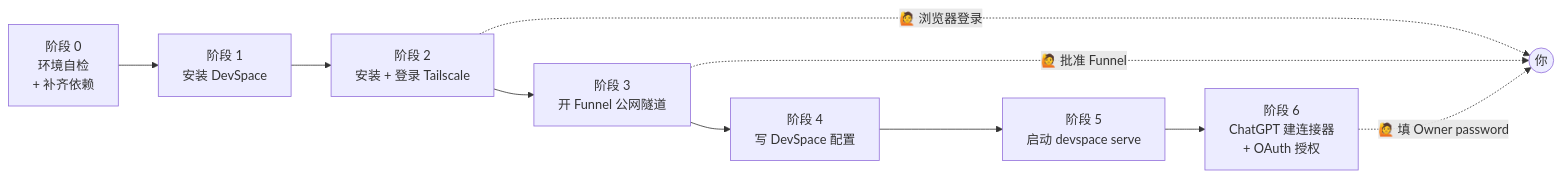
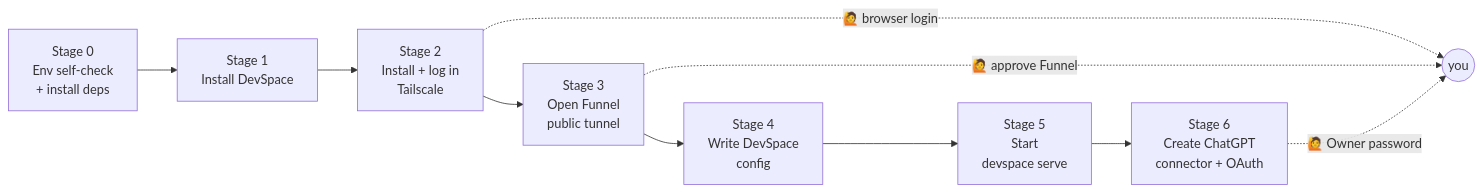
The diagram in README.md (hawklithm/chatgpt-mcp-connector), drawn with Mermaid before and after one commit. The commit also changed other lines of this file and 1 other file, not shown here.

First line of the commit message:
docs: add English README, Chinese README, and an install-and-run one-shot prompt

````diff
--- a/README.md
+++ b/README.md
@@ -105,13 +240,13 @@
 ```mermaid
 flowchart LR
-    S0["阶段 0<br/>环境自检<br/>+ 补齐依赖"] --> S1["阶段 1<br/>安装 DevSpace"]
-    S1 --> S2["阶段 2<br/>安装 + 登录 Tailscale"]
-    S2 --> S3["阶段 3<br/>开 Funnel 公网隧道"]
-    S3 --> S4["阶段 4<br/>写 DevSpace 配置"]
-    S4 --> S5["阶段 5<br/>启动 devspace serve"]
-    S5 --> S6["阶段 6<br/>ChatGPT 建连接器<br/>+ OAuth 授权"]
+    S0["Stage 0<br/>Env self-check<br/>+ install deps"] --> S1["Stage 1<br/>Install DevSpace"]
+    S1 --> S2["Stage 2<br/>Install + log in<br/>Tailscale"]
+    S2 --> S3["Stage 3<br/>Open Funnel<br/>public tunnel"]
+    S3 --> S4["Stage 4<br/>Write DevSpace<br/>config"]
+    S4 --> S5["Stage 5<br/>Start<br/>devspace serve"]
+    S5 --> S6["Stage 6<br/>Create ChatGPT<br/>connector + OAuth"]
 
-    S2 -.->|🙋 浏览器登录| U1((你))
-    S3 -.->|🙋 批准 Funnel| U1
-    S6 -.->|🙋 填 Owner password| U1
+    S2 -.->|🙋 browser login| U1((you))
+    S3 -.->|🙋 approve Funnel| U1
+    S6 -.->|🙋 Owner password| U1
 ```
````
